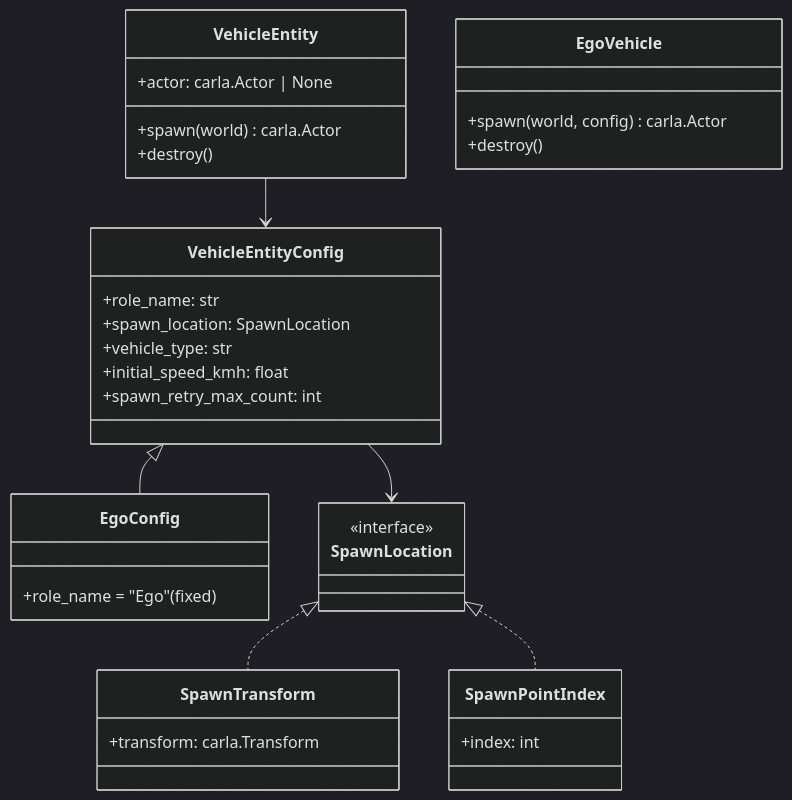
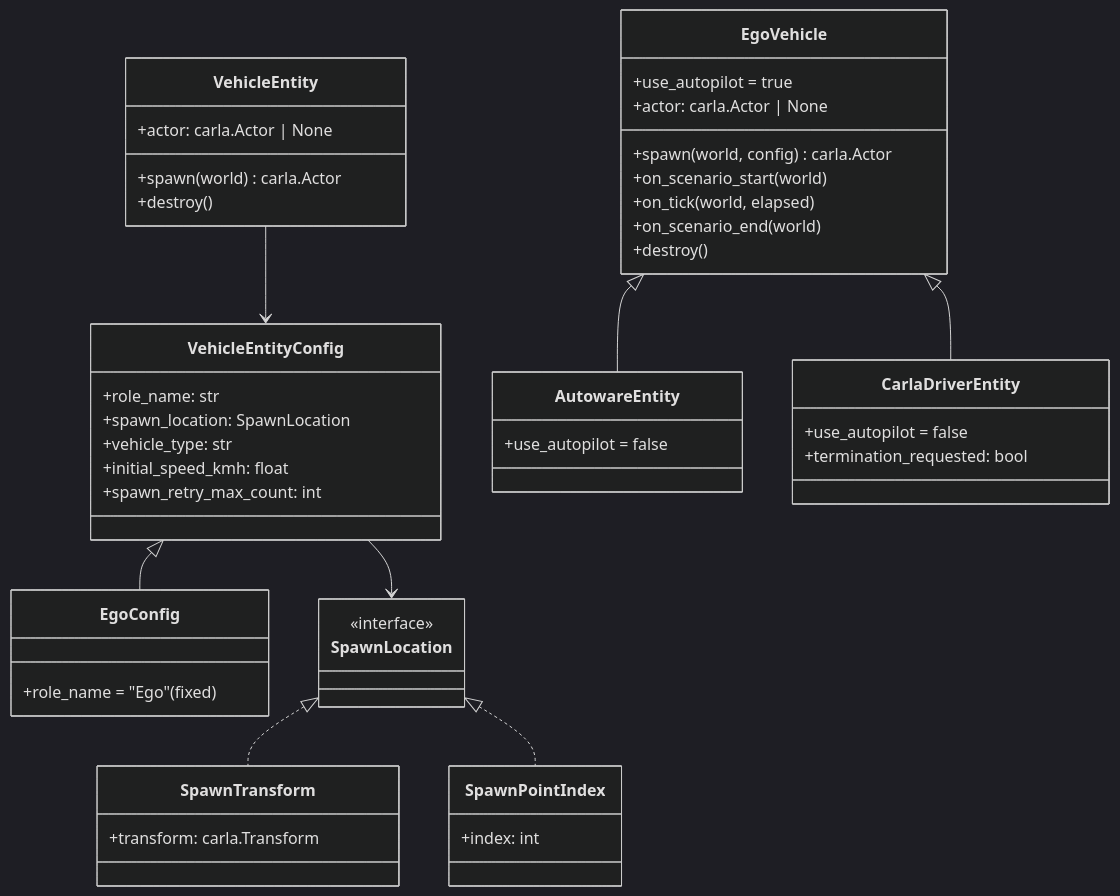
One commit to autowarefoundation/autoware_carla_scenario changed diagram 12 of 14 in autoware_carla_scenario/docs/architecture.md. Above: the diagram before and after it, drawn with Mermaid (dark theme). The commit also changed other lines of this file and 45 other files, not shown here.

````diff
--- a/autoware_carla_scenario/docs/architecture.md
+++ b/autoware_carla_scenario/docs/architecture.md
@@ -680,43 +680,59 @@
 ```mermaid
 classDiagram
     class VehicleEntityConfig {
         +role_name: str
         +spawn_location: SpawnLocation
         +vehicle_type: str
         +initial_speed_kmh: float
         +spawn_retry_max_count: int
     }
 
     class EgoConfig {
         +role_name = "Ego" (fixed)
     }
 
     class SpawnLocation {
         <<interface>>
     }
 
     class SpawnTransform {
         +transform: carla.Transform
     }
 
     class SpawnPointIndex {
         +index: int
     }
 
     class VehicleEntity {
         +actor: carla.Actor | None
         +spawn(world) carla.Actor
         +destroy()
     }
 
     class EgoVehicle {
+        +use_autopilot = true
+        +actor: carla.Actor | None
         +spawn(world, config) carla.Actor
+        +on_scenario_start(world)
+        +on_tick(world, elapsed)
+        +on_scenario_end(world)
         +destroy()
+    }
+
+    class AutowareEntity {
+        +use_autopilot = false
+    }
+
+    class CarlaDriverEntity {
+        +use_autopilot = false
+        +termination_requested: bool
     }
 
     VehicleEntityConfig <|-- EgoConfig
     SpawnLocation <|.. SpawnTransform
     SpawnLocation <|.. SpawnPointIndex
     VehicleEntityConfig --> SpawnLocation
     VehicleEntity --> VehicleEntityConfig
+    EgoVehicle <|-- AutowareEntity
+    EgoVehicle <|-- CarlaDriverEntity
 ```
````
